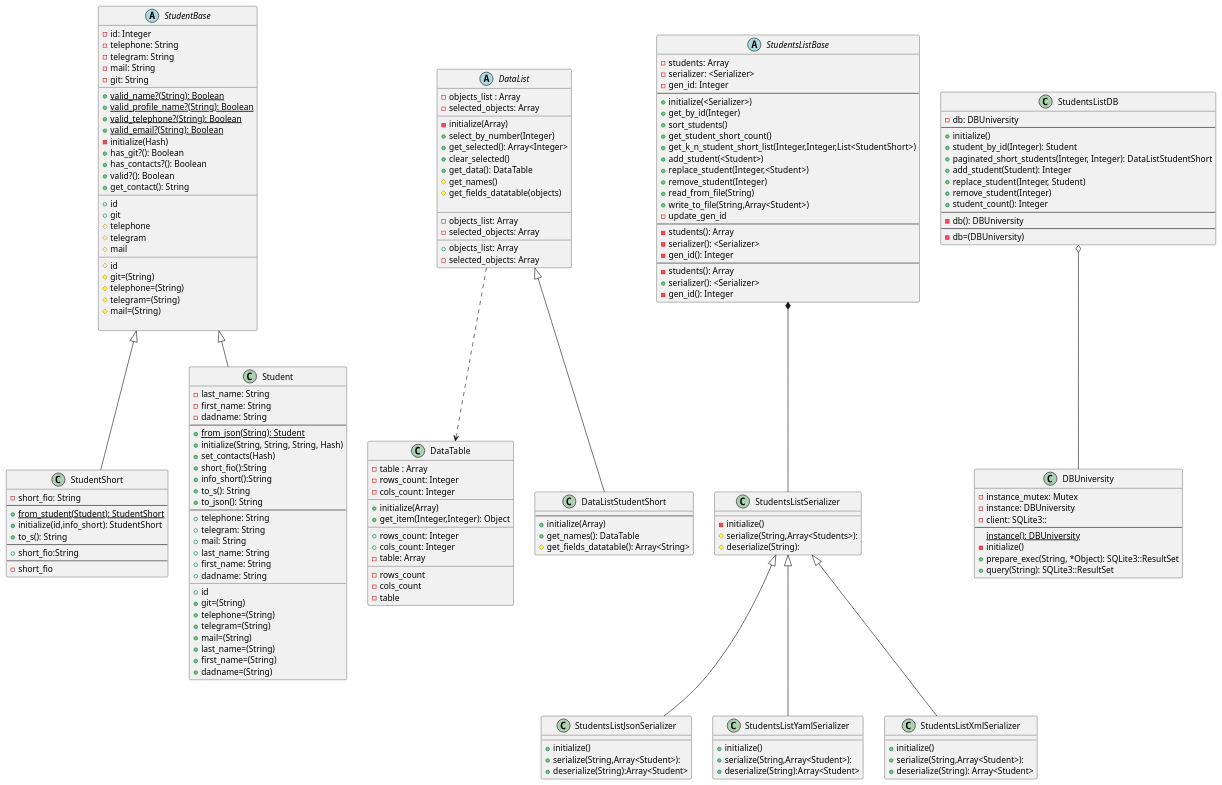
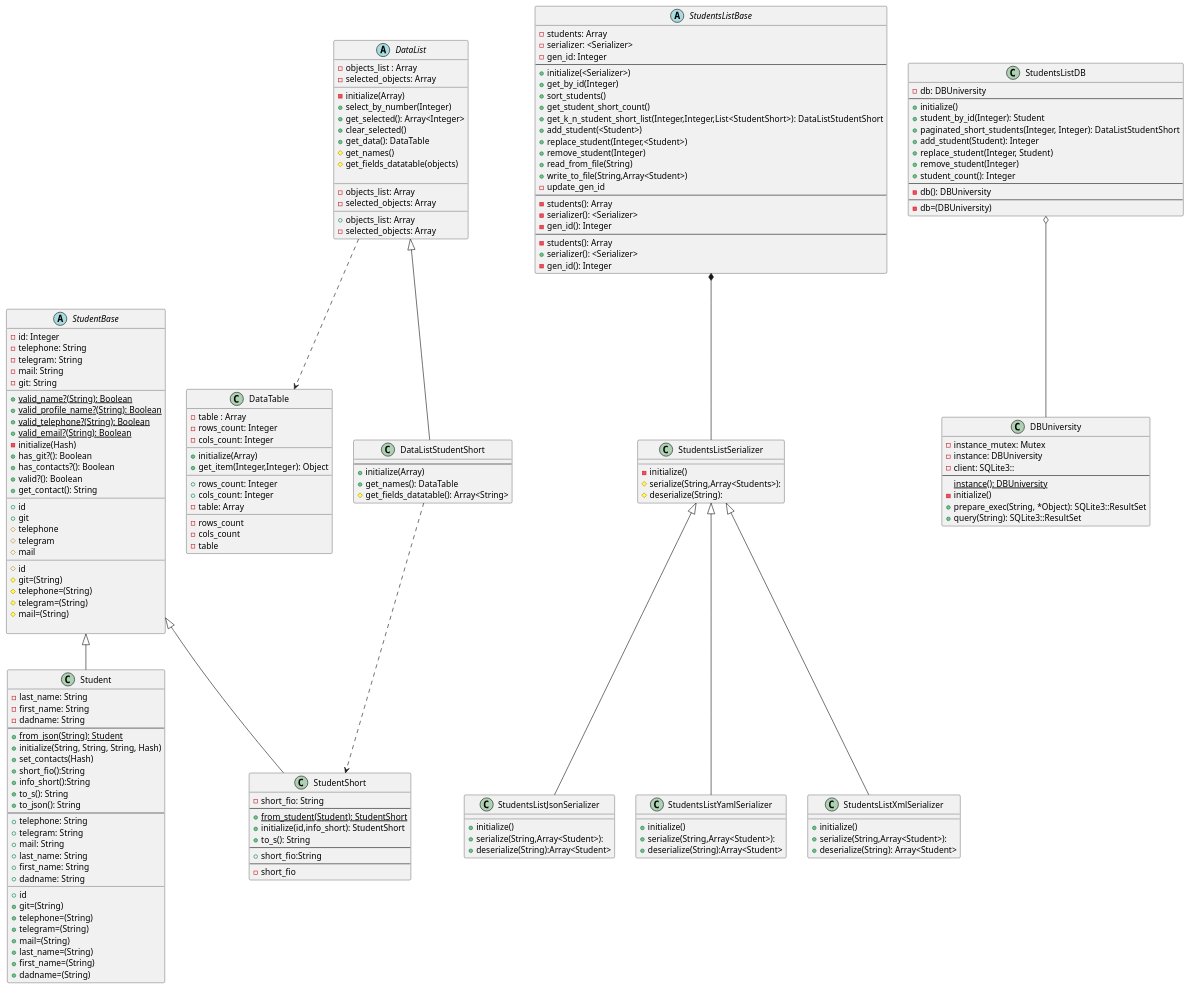
The diagram in LR2/diagram/Class/StudentClassDiagram.puml (KREEAL/RubyLabs), drawn with PlantUML before and after one commit. The commit also changed 1 other file, not shown here.

Commit message:
В диаграме теперь отражено, что: DataListStudentShort ассоциирован со StudentShort.  StudentList генерит DataListStudentShort.  DataList любой генерит DataTable

```diff
--- a/LR2/diagram/Class/StudentClassDiagram.puml
+++ b/LR2/diagram/Class/StudentClassDiagram.puml
@@ -1,198 +1,199 @@
 @startuml
 'https://plantuml.com/class-diagram
 abstract class StudentBase {
     -id: Integer
     -telephone: String
     -telegram: String
     -mail: String
     -git: String
     __
     +{static}valid_name?(String): Boolean
     +{static}valid_profile_name?(String): Boolean
     +{static}valid_telephone?(String): Boolean
     +{static}valid_email?(String): Boolean
     -initialize(Hash)
     +has_git?(): Boolean
     +has_contacts?(): Boolean
     +valid?(): Boolean
     +get_contact(): String
     __
     +id
     +git
     #telephone
     #telegram
     #mail
     __
     #id
     #git=(String)
     #telephone=(String)
     #telegram=(String)
     #mail=(String)
 
 }
 class StudentShort extends StudentBase {
     -short_fio: String
     --
     +{static}from_student(Student): StudentShort
     +initialize(id,info_short): StudentShort
     +to_s(): String
     --
     +short_fio:String
     --
     -short_fio
 }
 class Student extends StudentBase{
     -last_name: String
     -first_name: String
     -dadname: String
     --
     +{static}from_json(String): Student
     +initialize(String, String, String, Hash)
     +set_contacts(Hash)
     +short_fio():String
     +info_short():String
     +to_s(): String
     +to_json(): String
     --
     +telephone: String
     +telegram: String
     +mail: String
     +last_name: String
     +first_name: String
     +dadname: String
     __
     +id
     +git=(String)
     +telephone=(String)
     +telegram=(String)
     +mail=(String)
     +last_name=(String)
     +first_name=(String)
     +dadname=(String)
 }
 
 class DataTable{
     -table : Array
     -rows_count: Integer
     -cols_count: Integer
     __
     +initialize(Array)
     +get_item(Integer,Integer): Object
     __
     +rows_count: Integer
     +cols_count: Integer
     -table: Array
     __
     -rows_count
     -cols_count
     -table
 }
 abstract class DataList{
     -objects_list : Array
     -selected_objects: Array
     __
     -initialize(Array)
     +select_by_number(Integer)
     +get_selected(): Array<Integer>
     +clear_selected()
     +get_data(): DataTable
     #get_names()
     #get_fields_datatable(objects)
 
     __
     -objects_list: Array
     -selected_objects: Array
     __
     +objects_list: Array
     -selected_objects: Array
 }
 
 class DataListStudentShort extends DataList{
     --
     +initialize(Array)
     +get_names(): DataTable
     #get_fields_datatable(): Array<String>
 }
 
 abstract class StudentsListBase{
     -students: Array
     -serializer: <Serializer>
     -gen_id: Integer
     --
     +initialize(<Serializer>)
     +get_by_id(Integer)
     +sort_students()
     +get_student_short_count()
-    +get_k_n_student_short_list(Integer,Integer,List<StudentShort>)
+    +get_k_n_student_short_list(Integer,Integer,List<StudentShort>): DataListStudentShort
     +add_student(<Student>)
     +replace_student(Integer,<Student>)
     +remove_student(Integer)
     +read_from_file(String)
     +write_to_file(String,Array<Student>)
     -update_gen_id
     --
     -students(): Array
     -serializer(): <Serializer>
     -gen_id(): Integer
     --
     -students(): Array
     +serializer(): <Serializer>
     -gen_id(): Integer
 }
 
 class StudentsListSerializer{
     -initialize()
     #serialize(String,Array<Students>):
     #deserialize(String):
 }
 
 class StudentsListJsonSerializer extends StudentsListSerializer{
     +initialize()
     +serialize(String,Array<Student>):
     +deserialize(String):Array<Student>
 }
 
 class StudentsListYamlSerializer extends StudentsListSerializer{
     +initialize()
     +serialize(String,Array<Student>):
     +deserialize(String):Array<Student>
 }
 
 class StudentsListXmlSerializer extends StudentsListSerializer{
     +initialize()
     +serialize(String,Array<Student>):
     +deserialize(String): Array<Student>
 }
 
 class DBUniversity {
     -instance_mutex: Mutex
     -instance: DBUniversity
     -client: SQLite3::
     --
     {static}instance(): DBUniversity
     -initialize()
     +prepare_exec(String, *Object): SQLite3::ResultSet
     +query(String): SQLite3::ResultSet
 }
 class StudentsListDB {
     -db: DBUniversity
     --
     +initialize()
     +student_by_id(Integer): Student
     +paginated_short_students(Integer, Integer): DataListStudentShort
     +add_student(Student): Integer
     +replace_student(Integer, Student)
     +remove_student(Integer)
     +student_count(): Integer
     --
     -db(): DBUniversity
     --
     -db=(DBUniversity)
 }
 
 
 
 DataList ..> DataTable
 StudentsListBase *-- StudentsListSerializer
 StudentsListDB o-- DBUniversity
+DataListStudentShort ..> StudentShort
 @enduml
```
